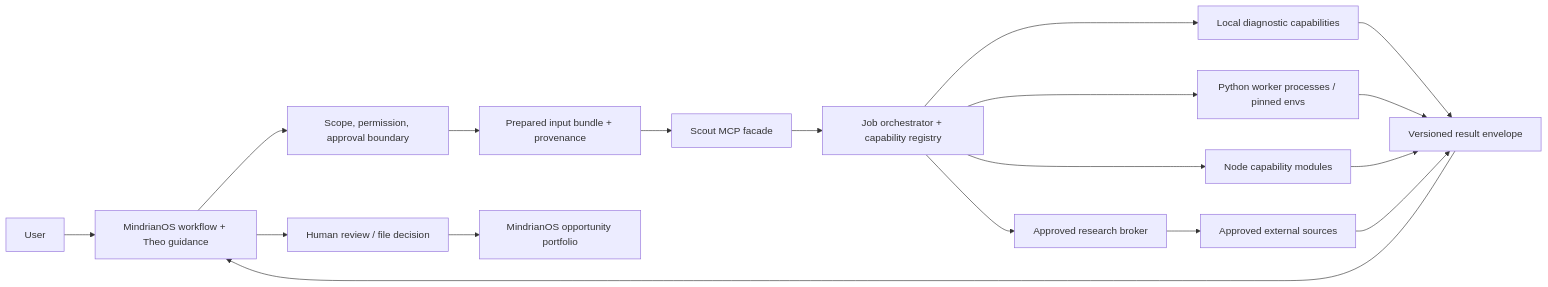
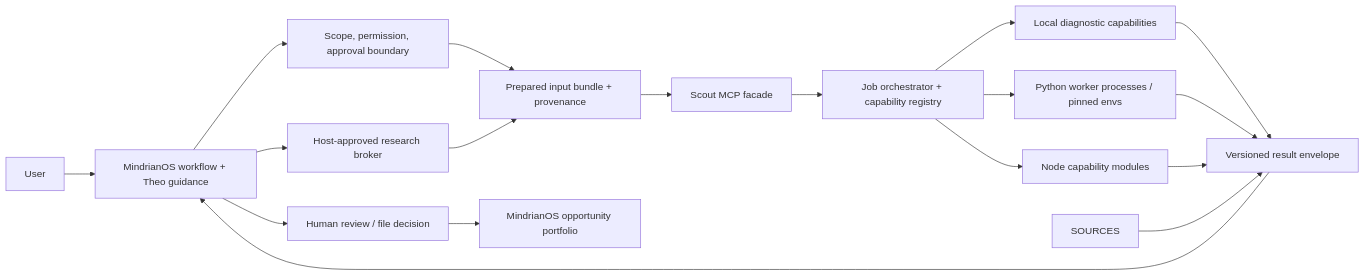
Before and after one commit to jsagir/mindrian-eureka: the diagram in docs/architecture.md, drawn with Mermaid. The commit also changed other lines of this file and 19 other files, not shown here.

````diff
--- a/docs/architecture.md
+++ b/docs/architecture.md
@@ -40,20 +40,20 @@
 ```mermaid
 flowchart LR
   U[User] --> MOS[MindrianOS workflow + Theo guidance]
   MOS --> POL[Scope, permission, approval boundary]
   POL --> BUNDLE[Prepared input bundle + provenance]
   BUNDLE --> MCP[Scout MCP facade]
   MCP --> ORCH[Job orchestrator + capability registry]
   ORCH --> LOCAL[Local diagnostic capabilities]
   ORCH --> PY[Python worker processes / pinned envs]
   ORCH --> NODE[Node capability modules]
-  ORCH --> BROKER[Approved research broker]
-  BROKER --> SOURCES[Approved external sources]
+  MOS --> BROKER[Host-approved research broker]
+  BROKER --> BUNDLE
   LOCAL --> RESULT[Versioned result envelope]
   PY --> RESULT
   NODE --> RESULT
   SOURCES --> RESULT
   RESULT --> MOS
   MOS --> GATE[Human review / file decision]
   GATE --> PORT[MindrianOS opportunity portfolio]
 ```
````
